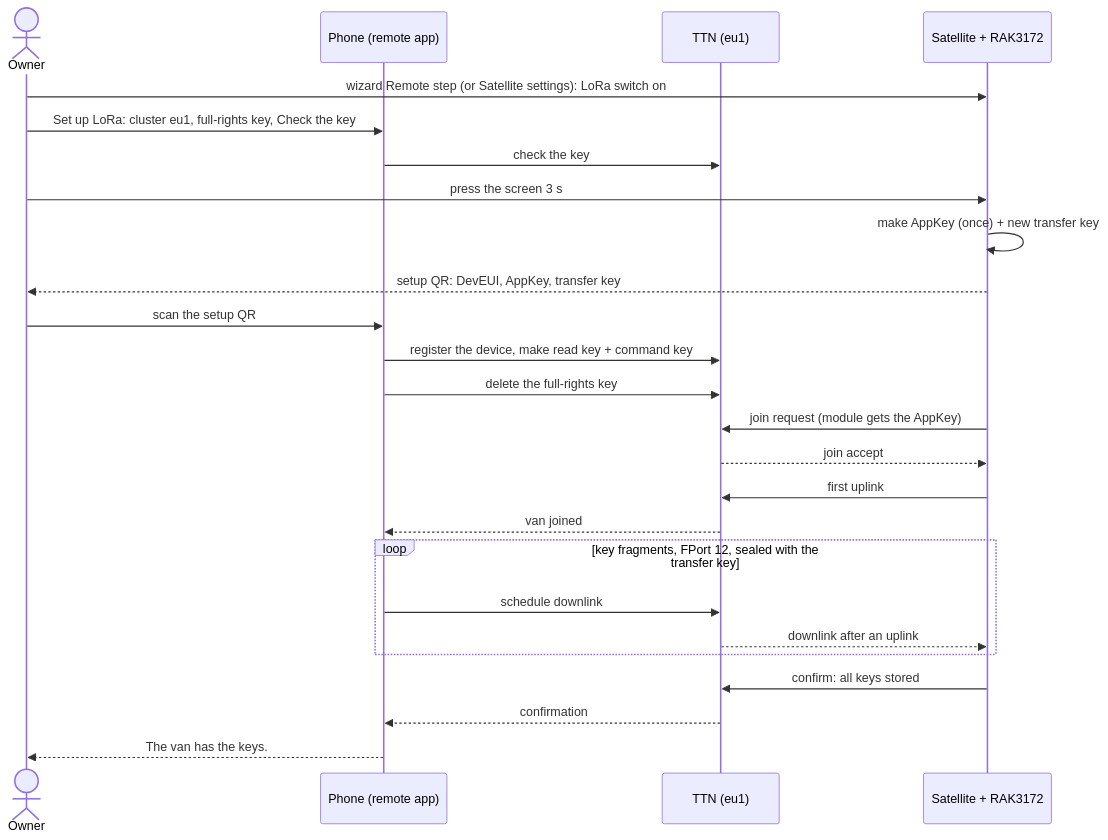
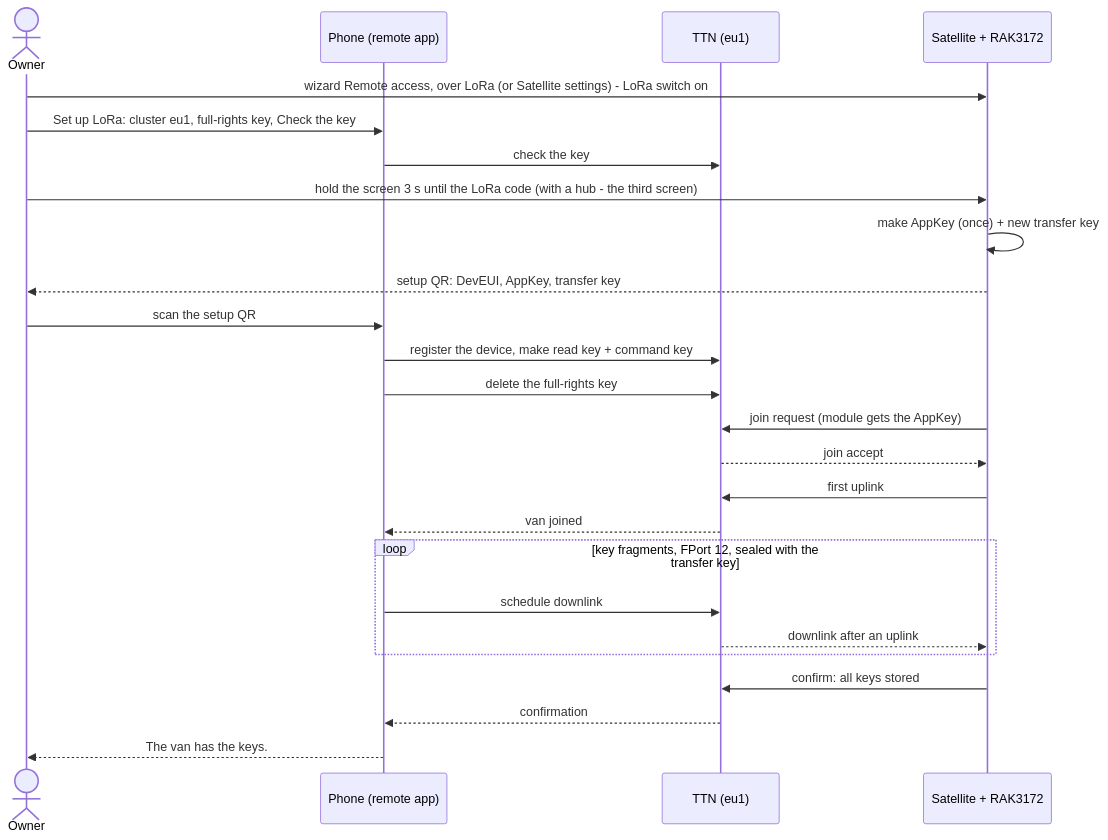
One commit to ckeller42/open-california changed the diagram in docs/howto-lora-remote-setup.md. Above: the diagram before and after it, drawn with Mermaid. The commit also changed other lines of this file and 4 other files, not shown here.

First line of the commit message:
docs: onboarding follows the hold cycle, Remote access and New data key

````diff
--- a/docs/howto-lora-remote-setup.md
+++ b/docs/howto-lora-remote-setup.md
@@ -96,28 +100,28 @@
 ```mermaid
 sequenceDiagram
 actor O as Owner
 participant P as Phone (remote app)
 participant T as TTN (eu1)
 participant E as Satellite + RAK3172
-O->>E: wizard Remote step (or Satellite settings): LoRa switch on
+O->>E: wizard Remote access, over LoRa (or Satellite settings) - LoRa switch on
 O->>P: Set up LoRa: cluster eu1, full-rights key, Check the key
 P->>T: check the key
-O->>E: press the screen 3 s
+O->>E: hold the screen 3 s until the LoRa code (with a hub - the third screen)
 E->>E: make AppKey (once) + new transfer key
 E-->>O: setup QR: DevEUI, AppKey, transfer key
 O->>P: scan the setup QR
 P->>T: register the device, make read key + command key
 P->>T: delete the full-rights key
 E->>T: join request (module gets the AppKey)
 T-->>E: join accept
 E->>T: first uplink
 T-->>P: van joined
 loop key fragments, FPort 12, sealed with the transfer key
     P->>T: schedule downlink
     T-->>E: downlink after an uplink
 end
 E->>T: confirm: all keys stored
 T-->>P: confirmation
 P-->>O: The van has the keys.
 
 ```
````
